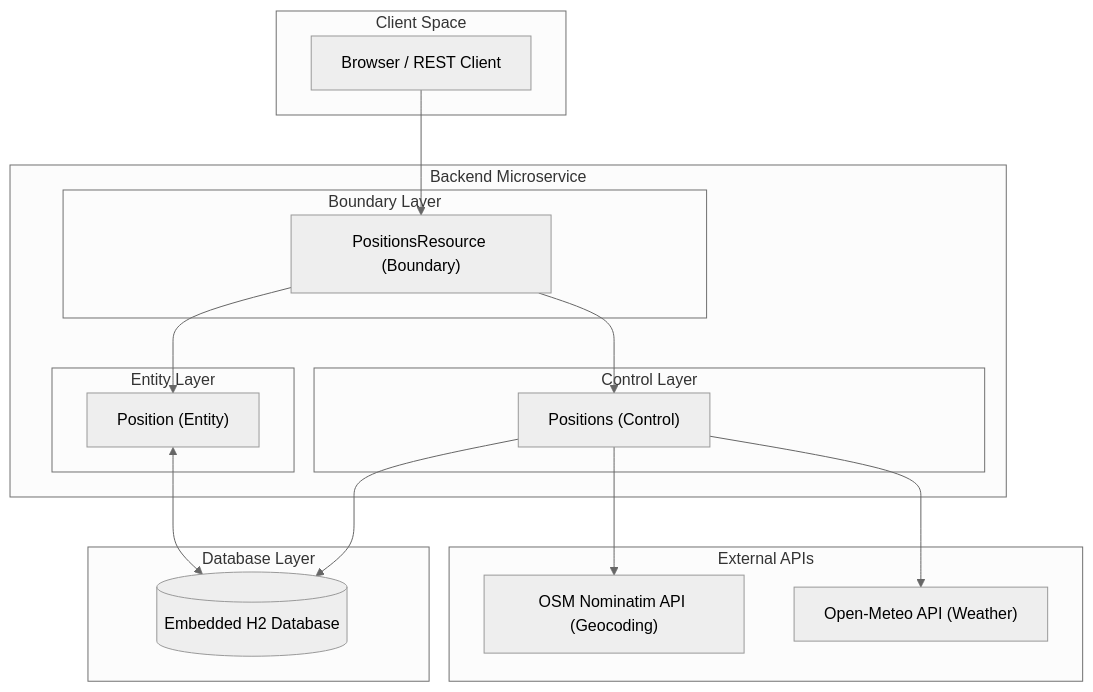
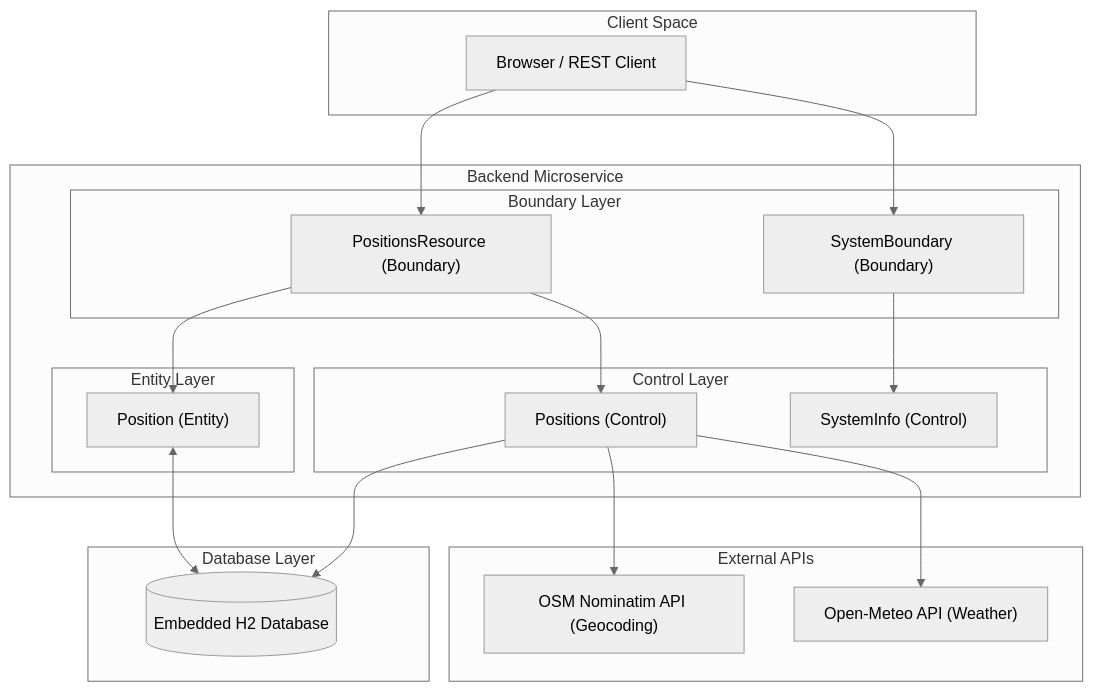
One commit to g0untlet/locate.me changed the second of 2 diagrams in README.md. Above: the diagram before and after it, drawn with Mermaid (neutral theme). The commit also changed other lines of this file and 2 other files, not shown here.

Commit message:
feat: enhance system information endpoint and remove build-info.properties

````diff
--- a/README.md
+++ b/README.md
@@ -139,37 +155,41 @@
 ```mermaid
 graph TD
     subgraph ClientSpace [Client Space]
         Browser[Browser / REST Client]
     end
 
     subgraph BackendMicroservice [Backend Microservice]
         subgraph BoundaryLayer [Boundary Layer]
             Resource["PositionsResource (Boundary)"]
+            SysBoundary["SystemBoundary (Boundary)"]
         end
 
         subgraph ControlLayer [Control Layer]
             Control["Positions (Control)"]
+            SysInfo["SystemInfo (Control)"]
         end
 
         subgraph EntityLayer [Entity Layer]
             EntityNode["Position (Entity)"]
         end
     end
 
     subgraph ExternalAPIs [External APIs]
         Nominatim["OSM Nominatim API (Geocoding)"]
         OpenMeteo["Open-Meteo API (Weather)"]
     end
 
     subgraph DatabaseLayer [Database Layer]
         DB[("Embedded H2 Database")]
     end
 
     Browser --> Resource
+    Browser --> SysBoundary
     Resource --> EntityNode
     Resource --> Control
+    SysBoundary --> SysInfo
     Control --> DB
     Control --> Nominatim
     Control --> OpenMeteo
     EntityNode <--> DB
 ```
````
